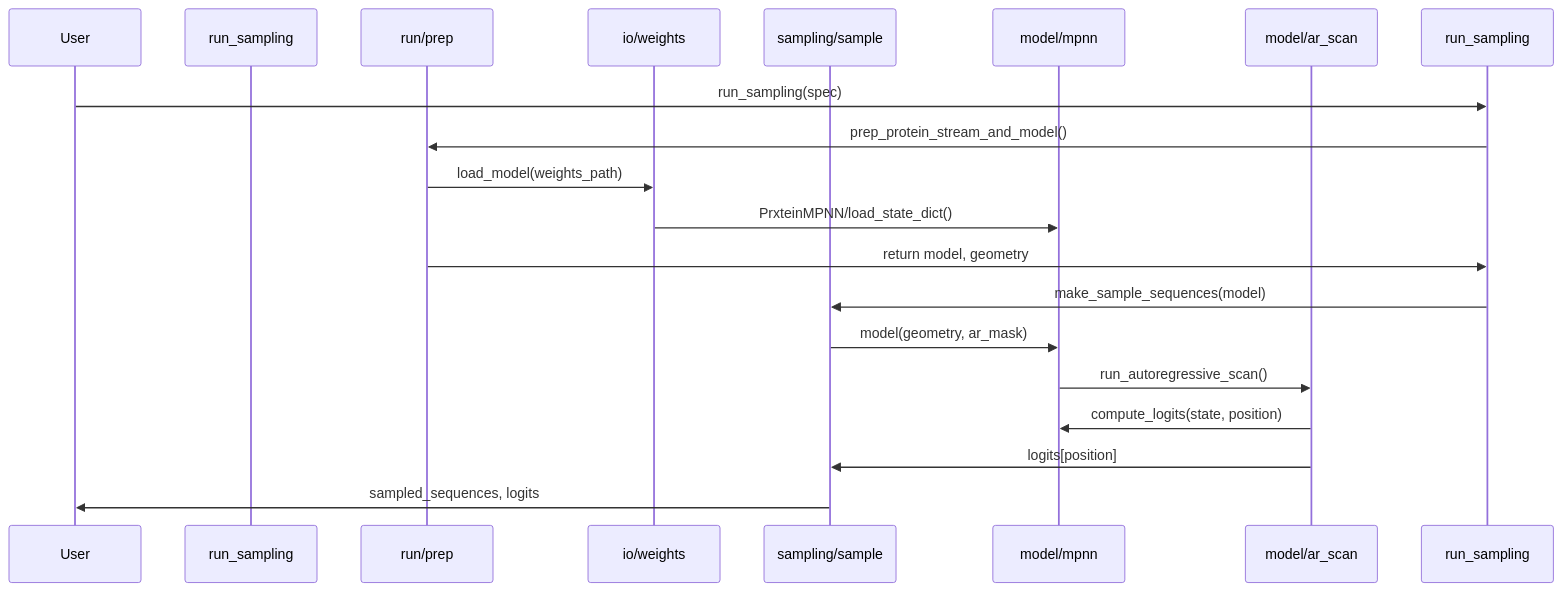
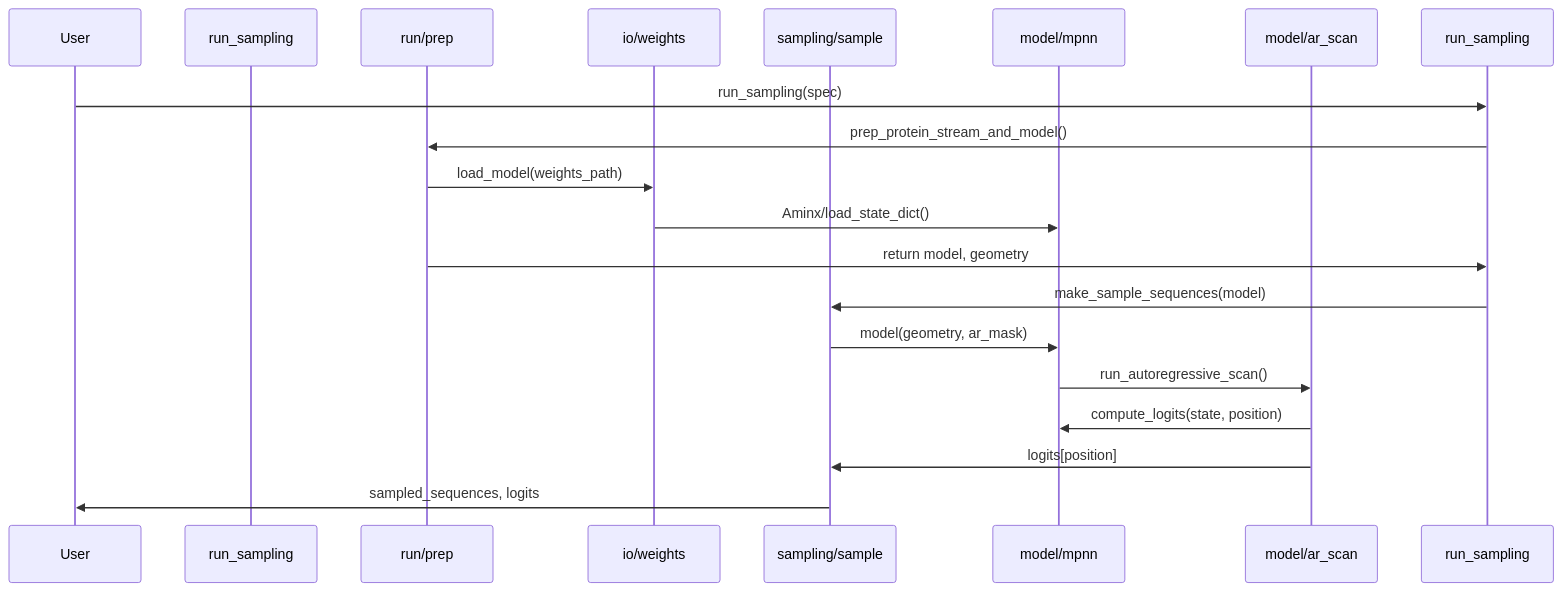
One commit to maraxen/PrxteinMPNN changed the fourth of 6 diagrams in .praxia/archive/codebase_analysis/CODEBASE_MAP.md. Above: the diagram before and after it, drawn with Mermaid. The commit also changed other lines of this file and 472 other files, not shown here.

````diff
--- a/.praxia/archive/codebase_analysis/CODEBASE_MAP.md
+++ b/.praxia/archive/codebase_analysis/CODEBASE_MAP.md
@@ -289,22 +289,22 @@
 ```mermaid
 sequenceDiagram
     participant User
     participant run.sampling as run_sampling
     participant prep as run/prep
     participant io.weights as io/weights
     participant sample as sampling/sample
     participant model as model/mpnn
     participant ar_scan as model/ar_scan
 
     User->>run_sampling: run_sampling(spec)
     run_sampling->>prep: prep_protein_stream_and_model()
     prep->>io.weights: load_model(weights_path)
-    io.weights->>model: PrxteinMPNN/load_state_dict()
+    io.weights->>model: Aminx/load_state_dict()
     prep->>run_sampling: return model, geometry
     run_sampling->>sample: make_sample_sequences(model)
     sample->>model: model(geometry, ar_mask)
     model->>ar_scan: run_autoregressive_scan()
     ar_scan->>model: compute_logits(state, position)
     ar_scan->>sample: logits[position]
     sample->>User: sampled_sequences, logits
 ```
````
